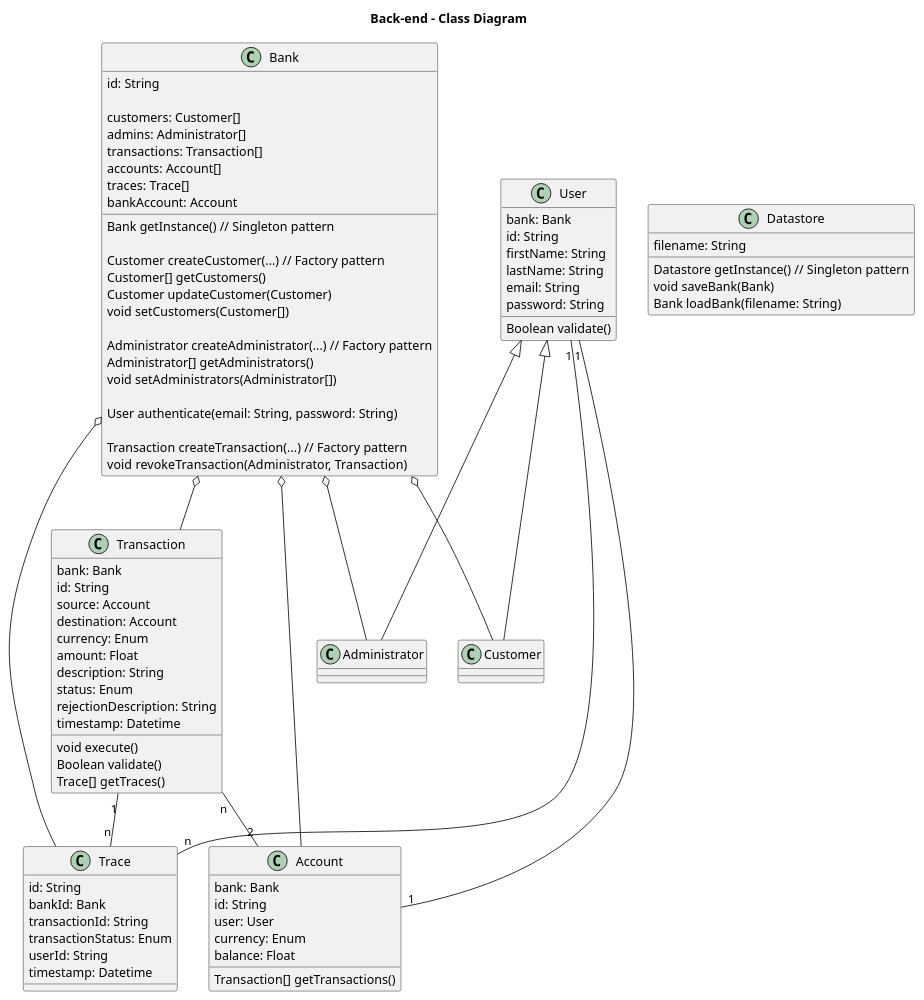
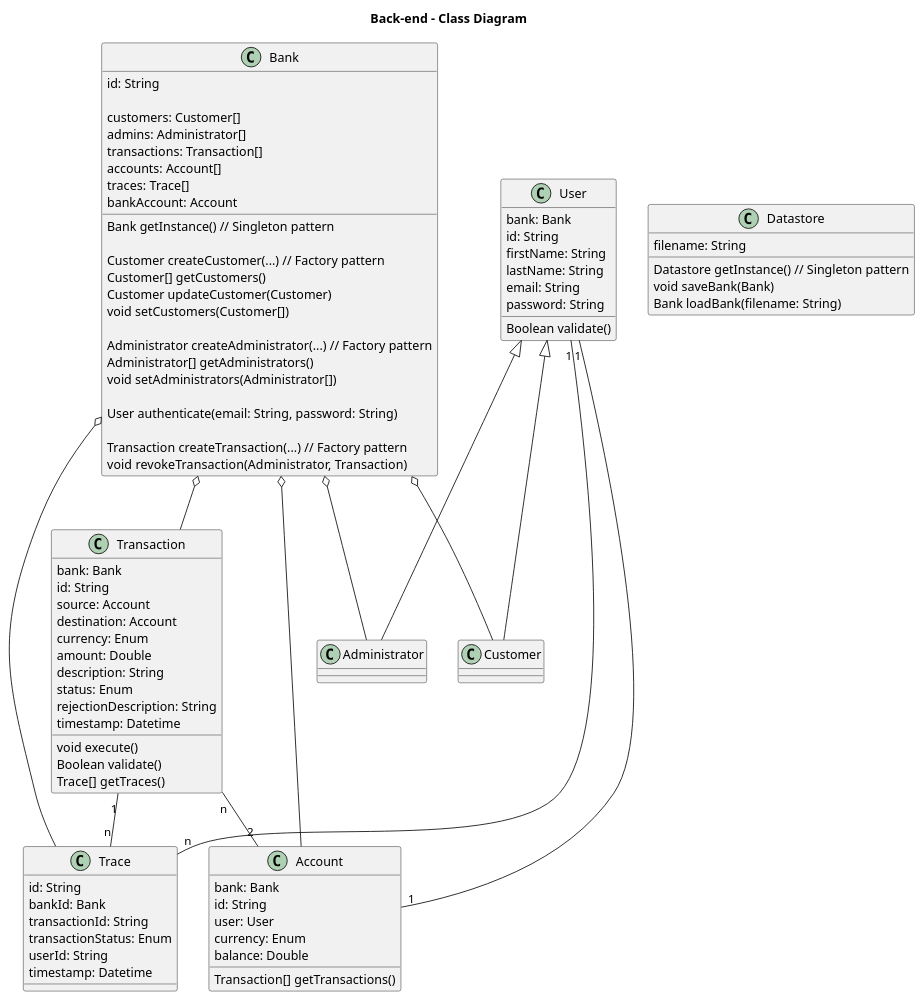
The diagram in docs/classes/backend-classes.plantuml (Sysmod-2021/bankappbackend), drawn with PlantUML before and after one commit. The commit also changed 4 other files, not shown here.

Commit message:
Currency and Float→Double clean up

```diff
--- a/docs/classes/backend-classes.plantuml
+++ b/docs/classes/backend-classes.plantuml
@@ -1,105 +1,105 @@
 @startuml
 
 title Back-end - Class Diagram
 
 class Bank {
     id: String
 
     customers: Customer[]
     admins: Administrator[]
     transactions: Transaction[]
     accounts: Account[]
     traces: Trace[]
     bankAccount: Account
 
     Bank getInstance() // Singleton pattern
     
     Customer createCustomer(...) // Factory pattern
     Customer[] getCustomers()
     Customer updateCustomer(Customer)
     void setCustomers(Customer[])
     
     Administrator createAdministrator(...) // Factory pattern
     Administrator[] getAdministrators()
     void setAdministrators(Administrator[])
     
     User authenticate(email: String, password: String)
 
     Transaction createTransaction(...) // Factory pattern
     void revokeTransaction(Administrator, Transaction)
 }
 
 class User {
     bank: Bank
     id: String
     firstName: String
     lastName: String
     email: String
     password: String
 
     Boolean validate()
 }
 
 class Customer {
 }
 
 class Administrator {
 }
 
 class Account {
     bank: Bank
     id: String
     user: User
     currency: Enum
-    balance: Float
+    balance: Double
 
     Transaction[] getTransactions()
 }
 
 class Transaction {
     bank: Bank
     id: String
     source: Account
     destination: Account
     currency: Enum
-    amount: Float
+    amount: Double
     description: String
     status: Enum
     rejectionDescription: String
     timestamp: Datetime
 
     void execute()
     Boolean validate()
     Trace[] getTraces()
 }
 
 class Trace {
     id: String
     bankId: Bank
     transactionId: String
     transactionStatus: Enum
     userId: String
     timestamp: Datetime
 }
 
 class Datastore {
     filename: String
 
     Datastore getInstance() // Singleton pattern
     void saveBank(Bank)
     Bank loadBank(filename: String)
 }
 
 Bank o-- Customer
 Bank o-- Administrator
 Bank o-- Transaction
 Bank o-- Account
 Bank o-- Trace
 User <|-- Customer
 User <|-- Administrator
 User "1" -- "1" Account
 Transaction "n" -- "2" Account
 Transaction "1" -- "n" Trace
 User "1" -- "n" Trace
 
 @enduml
```
